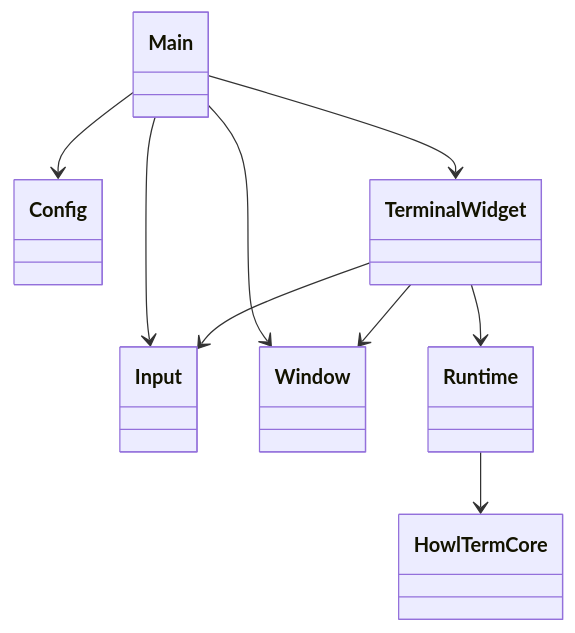
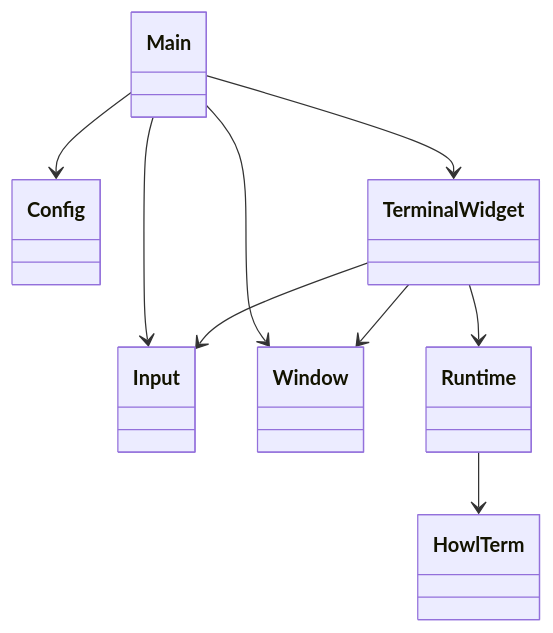
One commit to LaurenceGuws/howl-linux-host changed the first of 3 diagrams in design.md. Above: the diagram before and after it, drawn with Mermaid. The commit also changed other lines of this file and 4 other files, not shown here.

````diff
--- a/design.md
+++ b/design.md
@@ -19,19 +19,19 @@
 ```mermaid
 classDiagram
     class Main
     class Config
     class Input
     class Window
     class TerminalWidget
     class Runtime
-    class HowlTermCore
+    class HowlTerm
 
     Main --> Config
     Main --> Input
     Main --> Window
     Main --> TerminalWidget
     TerminalWidget --> Input
     TerminalWidget --> Window
     TerminalWidget --> Runtime
-    Runtime --> HowlTermCore
+    Runtime --> HowlTerm
 ```
````
